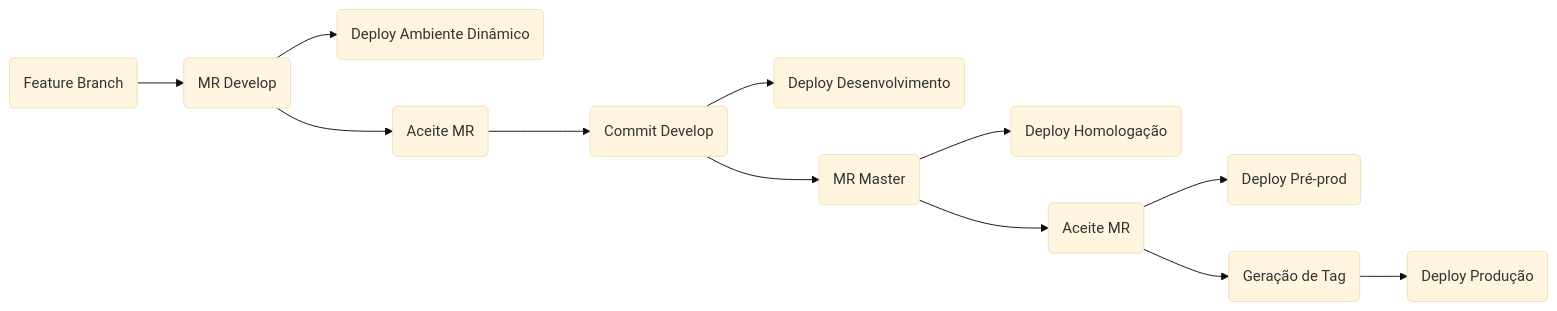
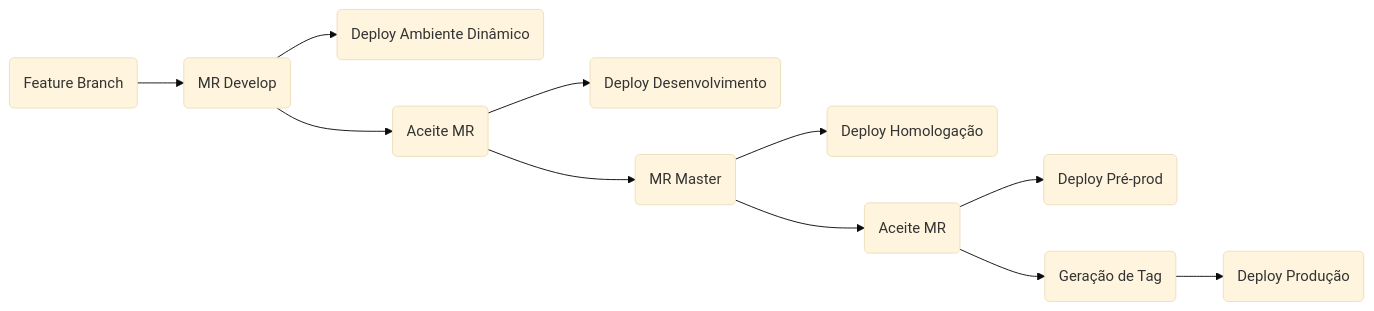
One commit to CAPES/guia changed the diagram in cgs/repo-gitlab/pipeline.md. Above: the diagram before and after it, drawn with Mermaid (base theme).

Commit message:
fix fluxo pipeline

````diff
--- a/cgs/repo-gitlab/pipeline.md
+++ b/cgs/repo-gitlab/pipeline.md
@@ -33,14 +33,13 @@
 ```mermaid
 graph LR
     B(Feature Branch) --> C(MR Develop)
     C --> C1(Deploy Ambiente Dinâmico)
     C --> D(Aceite MR)
-    D --> E(Commit Develop)
-    E --> E1(Deploy Desenvolvimento)
-    E --> F(MR Master)
+    D --> E(Deploy Desenvolvimento)
+    D --> F(MR Master)
     F --> F1(Deploy Homologação)
     F --> G(Aceite MR)
     G --> G1(Deploy Pré-prod)
     G --> H(Geração de Tag)
     H --> I(Deploy Produção)    
 ```
````
